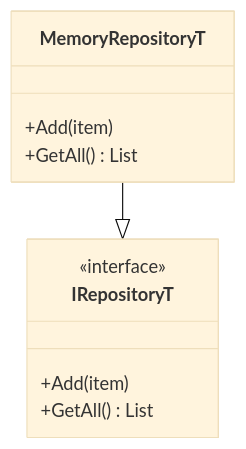
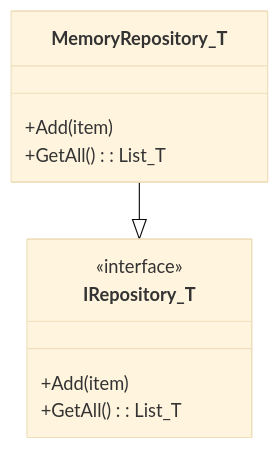
One commit to buribalkan/C-SHARP-Training changed the second of 2 diagrams in Generics.md. Above: the diagram before and after it, drawn with Mermaid (base theme). The commit also changed other lines of this file, not shown here.

````diff
--- a/Generics.md
+++ b/Generics.md
@@ -212,15 +212,15 @@
 ```mermaid
 classDiagram
-    class IRepositoryT {
+    class IRepository_T {
         <<interface>>
         +Add(item)
-        +GetAll() List
+        +GetAll() : List_T
     }
 
-    class MemoryRepositoryT {
+    class MemoryRepository_T {
         +Add(item)
-        +GetAll() List
+        +GetAll() : List_T
     }
 
-    MemoryRepositoryT --|> IRepositoryT
+    MemoryRepository_T --|> IRepository_T
 ```
````
